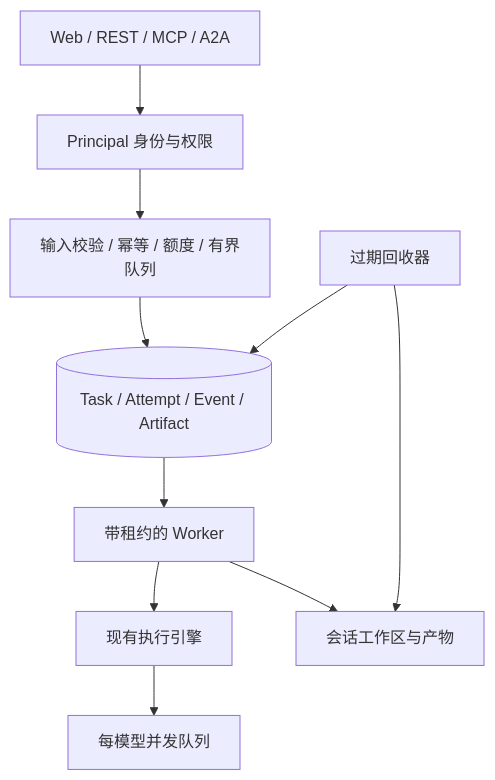
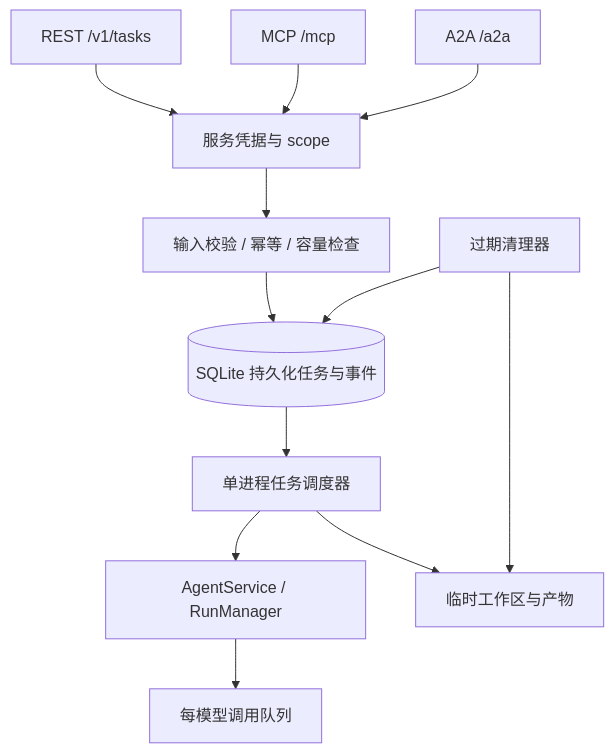
Before and after one commit to umeiko/UmEkO: the diagram in docs/architecture/api-service.md, drawn with Mermaid. The commit also changed other lines of this file and 47 other files, not shown here.

Commit message:
Add MCP and A2A task services with admin resource monitoring

````diff
--- a/docs/architecture/api-service.md
+++ b/docs/architecture/api-service.md
@@ -35,12 +5,14 @@
 ```mermaid
 flowchart TB
-    Entry[Web / REST / MCP / A2A] --> Auth[Principal 身份与权限]
-    Auth --> Admission[输入校验 / 幂等 / 额度 / 有界队列]
-    Admission --> Tasks[(Task / Attempt / Event / Artifact)]
-    Tasks --> Worker[带租约的 Worker]
-    Worker --> Agent[现有执行引擎]
-    Agent --> Limits[每模型并发队列]
-    Worker --> Storage[会话工作区与产物]
-    GC[过期回收器] --> Tasks
-    GC --> Storage
+    REST[REST /v1/tasks] --> Identity[服务凭据与 scope]
+    MCP[MCP /mcp] --> Identity
+    A2A[A2A /a2a] --> Identity
+    Identity --> Admission[输入校验 / 幂等 / 容量检查]
+    Admission --> Tasks[(SQLite 持久化任务与事件)]
+    Tasks --> Worker[单进程任务调度器]
+    Worker --> Agent[AgentService / RunManager]
+    Agent --> Model[每模型调用队列]
+    Worker --> Files[临时工作区与产物]
+    GC[过期清理器] --> Tasks
+    GC --> Files
 ```
````
